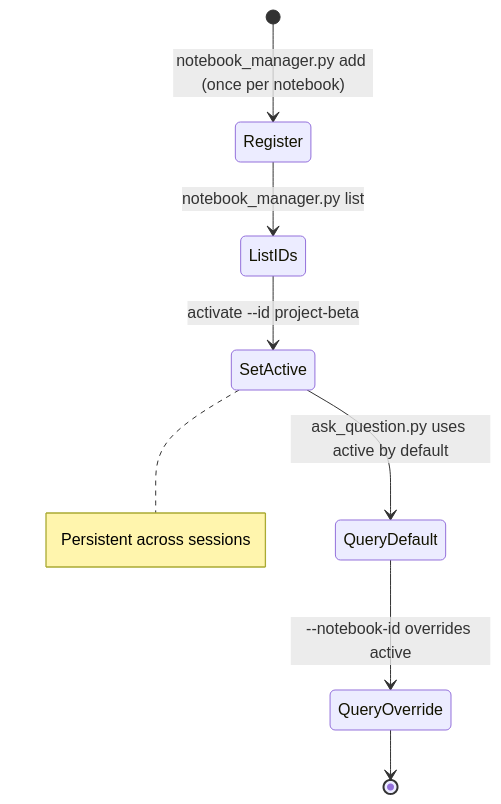
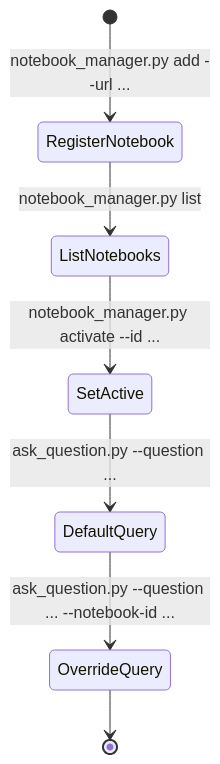
Before and after one commit to khengyun/notebooklm-experts-skill: the ninth of 11 diagrams in references/usage_patterns.md, drawn with Mermaid. The commit also changed other lines of this file and 23 other files, not shown here.

````diff
--- a/references/usage_patterns.md
+++ b/references/usage_patterns.md
@@ -207,15 +184,9 @@
 ```mermaid
 stateDiagram-v2
-    [*] --> Register: notebook_manager.py add (once per notebook)
-
-    Register --> ListIDs: notebook_manager.py list
-    ListIDs --> SetActive: activate --id project-beta
-
-    SetActive --> QueryDefault: ask_question.py uses active by default
-    QueryDefault --> QueryOverride: --notebook-id overrides active
-    QueryOverride --> [*]
-
-    note right of SetActive
-        Persistent across sessions
-    end note
+    [*] --> RegisterNotebook: notebook_manager.py add --url ...
+    RegisterNotebook --> ListNotebooks: notebook_manager.py list
+    ListNotebooks --> SetActive: notebook_manager.py activate --id ...
+    SetActive --> DefaultQuery: ask_question.py --question ...
+    DefaultQuery --> OverrideQuery: ask_question.py --question ... --notebook-id ...
+    OverrideQuery --> [*]
 ```
````
